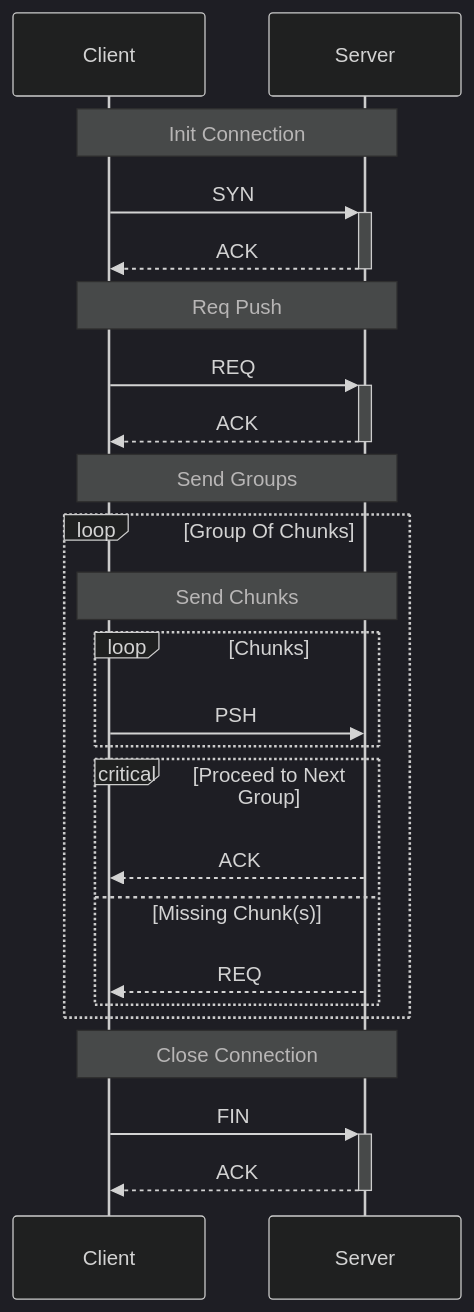
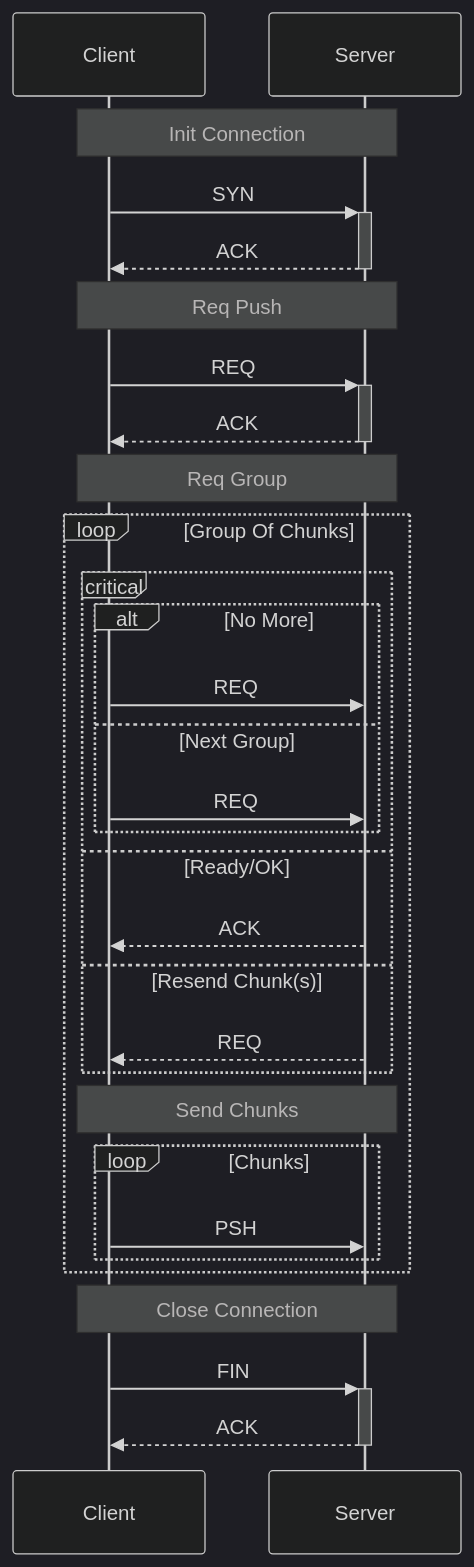
One commit to enchant97/file-sync-protocol changed the diagram in prototypes/proto-1/README.md. Above: the diagram before and after it, drawn with Mermaid (dark theme). The commit also changed 2 other files, not shown here.

Commit message:
add protobuf for group

````diff
--- a/prototypes/proto-1/README.md
+++ b/prototypes/proto-1/README.md
@@ -31,24 +31,30 @@
 ```mermaid
 sequenceDiagram
     Note over Client,Server: Init Connection
     Client->>+Server: SYN
     Server-->>-Client: ACK
     Note over Client,Server: Req Push
     Client ->>+ Server: REQ
     Server -->>- Client: ACK
-    Note over Client,Server: Send Groups
+    Note over Client,Server: Req Group
     loop Group Of Chunks
+        critical
+            alt No More
+                Client ->> Server: REQ
+            else Next Group
+                Client ->> Server: REQ
+            end
+        option Ready/OK
+            Server -->> Client: ACK
+        option Resend Chunk(s)
+            Server -->> Client: REQ
+        end
         Note over Client,Server: Send Chunks
         loop Chunks
             Client ->> Server: PSH
-        end
-        critical Proceed to Next Group
-            Server -->> Client: ACK
-        option Missing Chunk(s)
-            Server -->> Client: REQ
         end
     end
     Note over Client,Server: Close Connection
     Client->>+ Server: FIN
     Server -->>- Client: ACK
 ```
````
